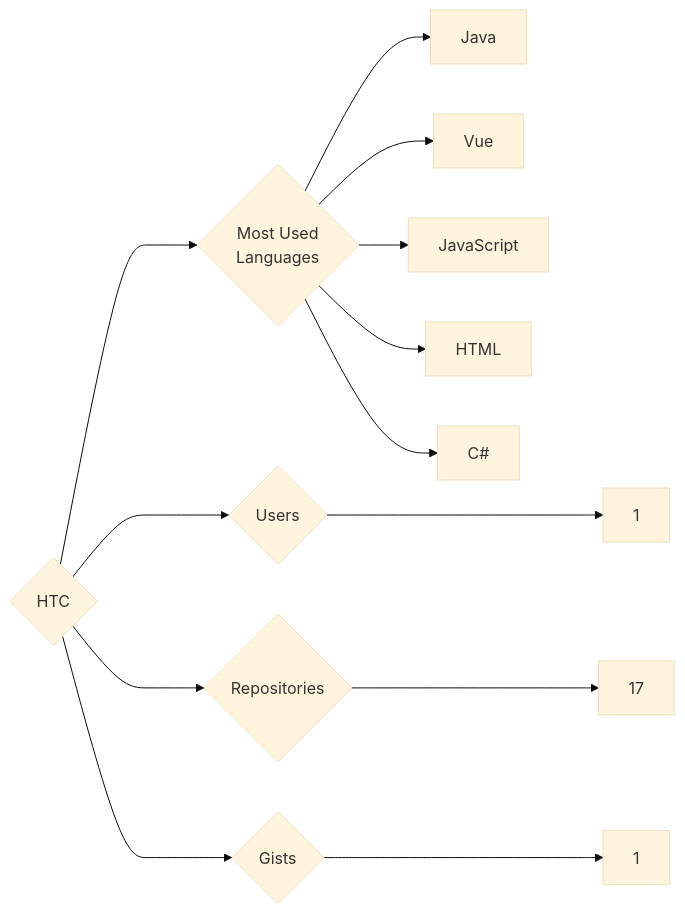
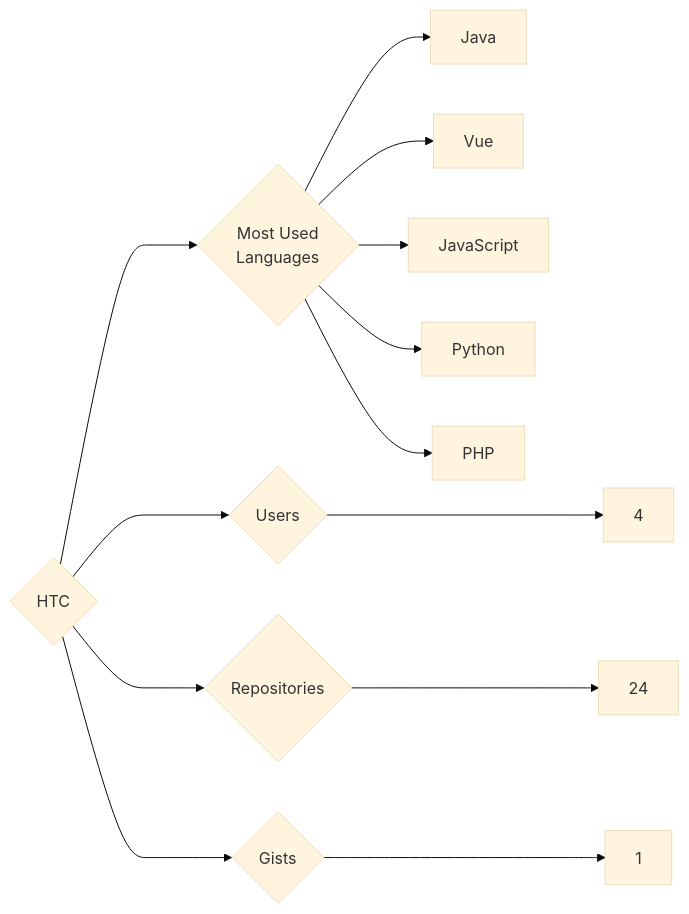
Before and after one commit to trickest/insiders: the diagram in targets/HTC/README.md, drawn with Mermaid (base theme). The commit also changed 618 other files, not shown here.

````diff
--- a/targets/HTC/README.md
+++ b/targets/HTC/README.md
@@ -3,13 +3,13 @@
 ```mermaid
 graph LR
 COMPANY_NAME{HTC}
-COMPANY_NAME ---> U{Users} ---> UN[1]
-COMPANY_NAME ---> R{Repositories} ---> RN[17]
+COMPANY_NAME ---> U{Users} ---> UN[4]
+COMPANY_NAME ---> R{Repositories} ---> RN[24]
 COMPANY_NAME ---> G{Gists} ---> GN[1]
 COMPANY_NAME ---> ML{Most Used<br>Languages}
 ML --> Java[Java]
 ML --> Vue[Vue]
 ML --> JavaScript[JavaScript]
-ML --> HTML[HTML]
-ML --> C#[C#]
+ML --> Python[Python]
+ML --> PHP[PHP]
 ```
````
